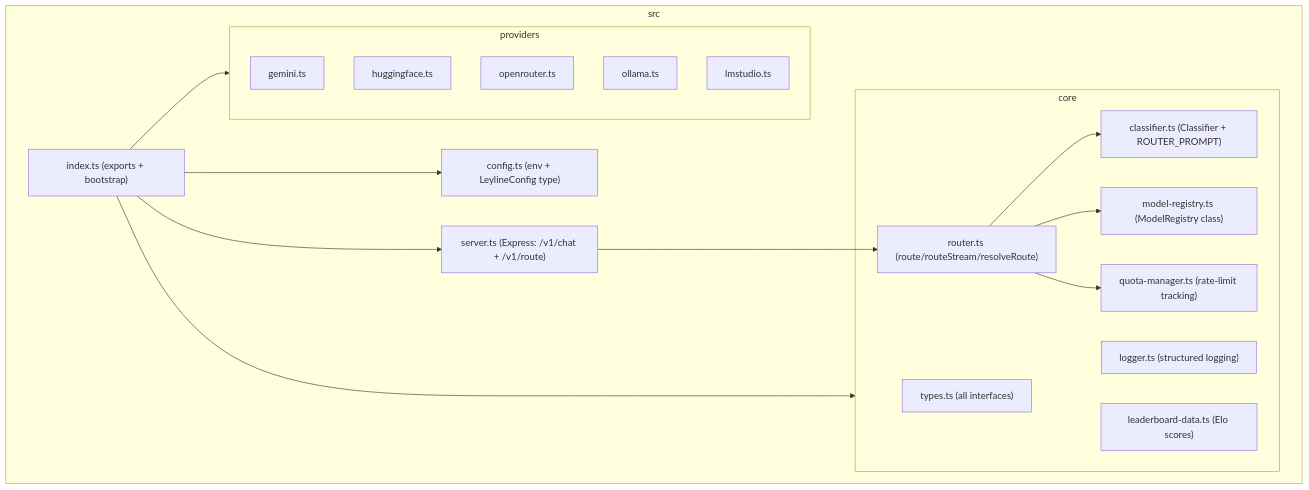
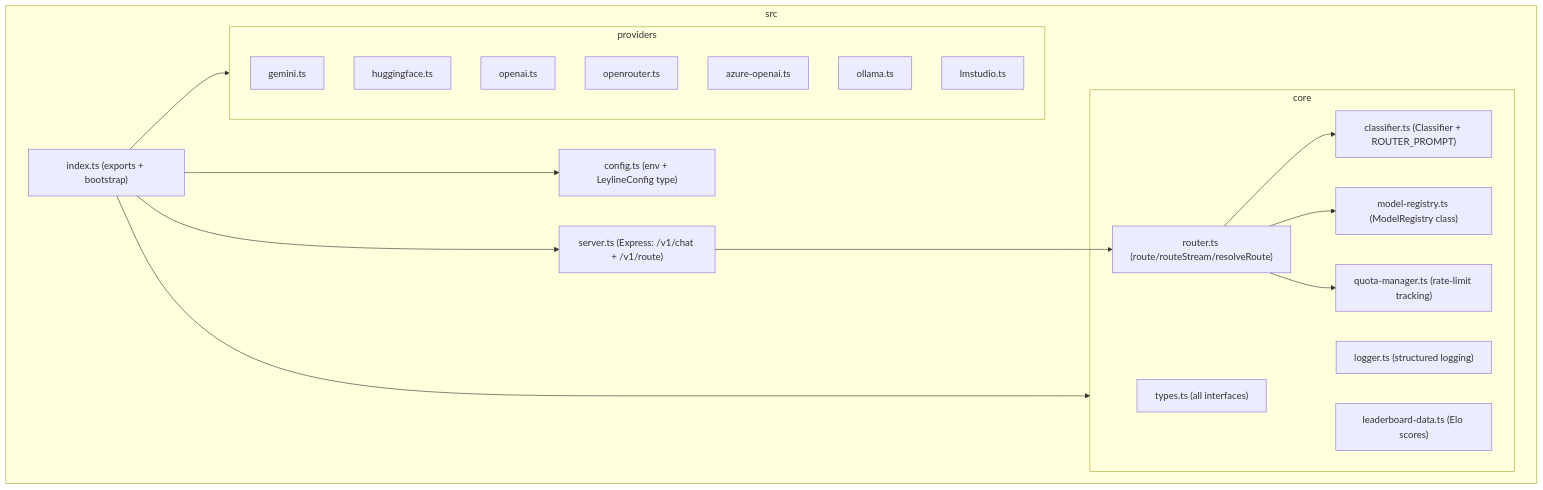
Before and after one commit to theaiinc/leyline: the fourth of 4 diagrams in README.md, drawn with Mermaid. The commit also changed other lines of this file and 49 other files, not shown here.

````diff
--- a/README.md
+++ b/README.md
@@ -221,35 +263,37 @@
 ```mermaid
 graph TD
     subgraph src
         index["index.ts (exports + bootstrap)"]
         config["config.ts (env + LeylineConfig type)"]
         server["server.ts (Express: /v1/chat + /v1/route)"]
 
         subgraph core
             types["types.ts (all interfaces)"]
             router["router.ts (route/routeStream/resolveRoute)"]
             modelRegistry["model-registry.ts (ModelRegistry class)"]
             classifier["classifier.ts (Classifier + ROUTER_PROMPT)"]
             quotaManager["quota-manager.ts (rate-limit tracking)"]
             logger["logger.ts (structured logging)"]
             leaderboard["leaderboard-data.ts (Elo scores)"]
         end
 
         subgraph providers
             gemini["gemini.ts"]
             huggingface["huggingface.ts"]
+            openai["openai.ts"]
             openrouter["openrouter.ts"]
+            azure["azure-openai.ts"]
             ollama["ollama.ts"]
             lmstudio["lmstudio.ts"]
         end
     end
 
     index --> config
     index --> server
     index --> core
     index --> providers
     server --> router
     router --> classifier
     router --> modelRegistry
     router --> quotaManager
 ```
````
